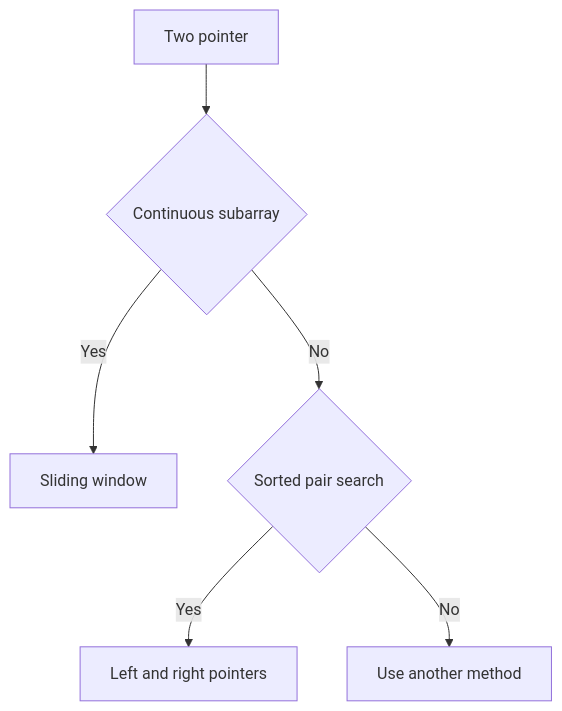
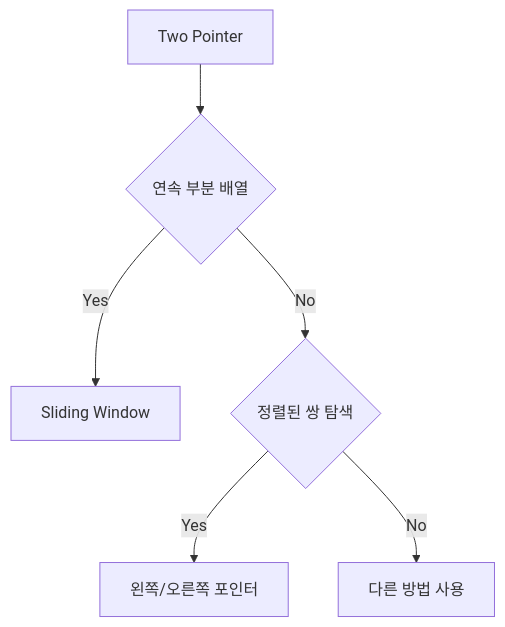
One commit to mandoobox/mandoobox.github.io changed the diagram in _posts/algorithm/2026-03-07-two-pointer.md. Above: the diagram before and after it, drawn with Mermaid. The commit also changed 24 other files, not shown here.

Commit message:
feat: mermaid kr

````diff
--- a/_posts/algorithm/2026-03-07-two-pointer.md
+++ b/_posts/algorithm/2026-03-07-two-pointer.md
@@ -95,8 +95,8 @@
 ```mermaid
 flowchart TD
-    A["Two pointer"] --> B{"Continuous subarray"}
-    B -->|Yes| C["Sliding window"]
-    B -->|No| D{"Sorted pair search"}
-    D -->|Yes| E["Left and right pointers"]
-    D -->|No| F["Use another method"]
+    A["Two Pointer"] --> B{"연속 부분 배열"}
+    B -->|Yes| C["Sliding Window"]
+    B -->|No| D{"정렬된 쌍 탐색"}
+    D -->|Yes| E["왼쪽/오른쪽 포인터"]
+    D -->|No| F["다른 방법 사용"]
 ```
````
